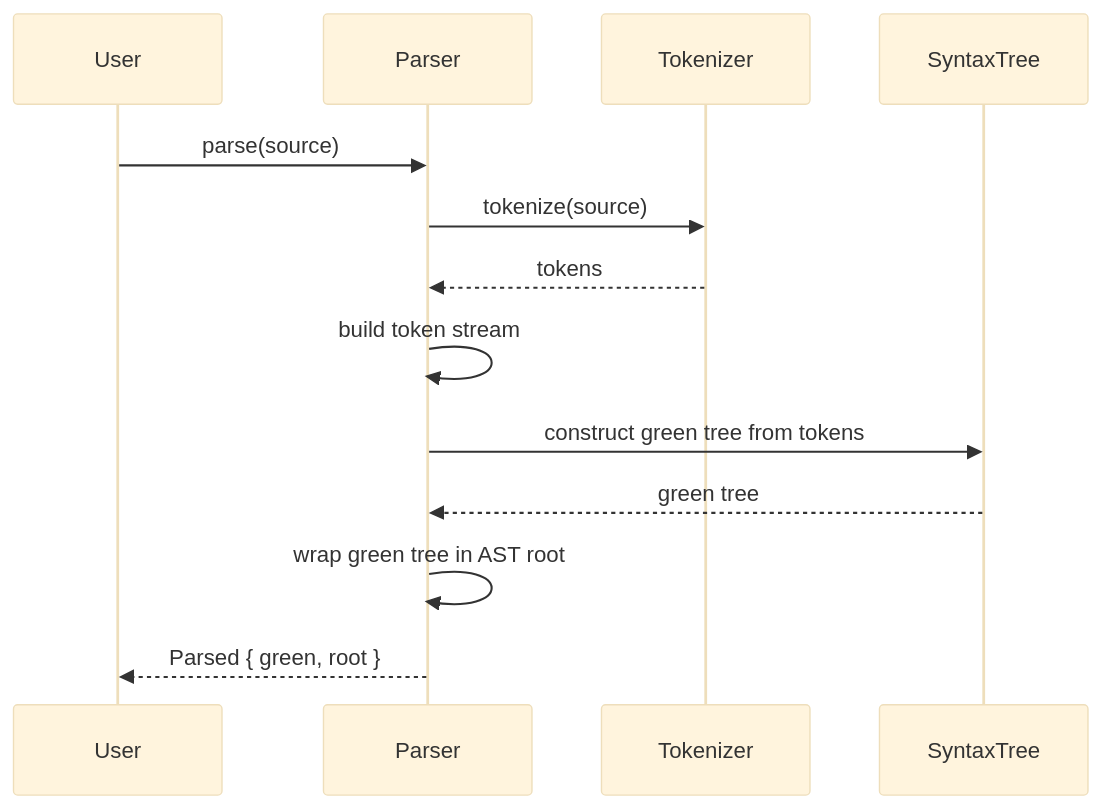
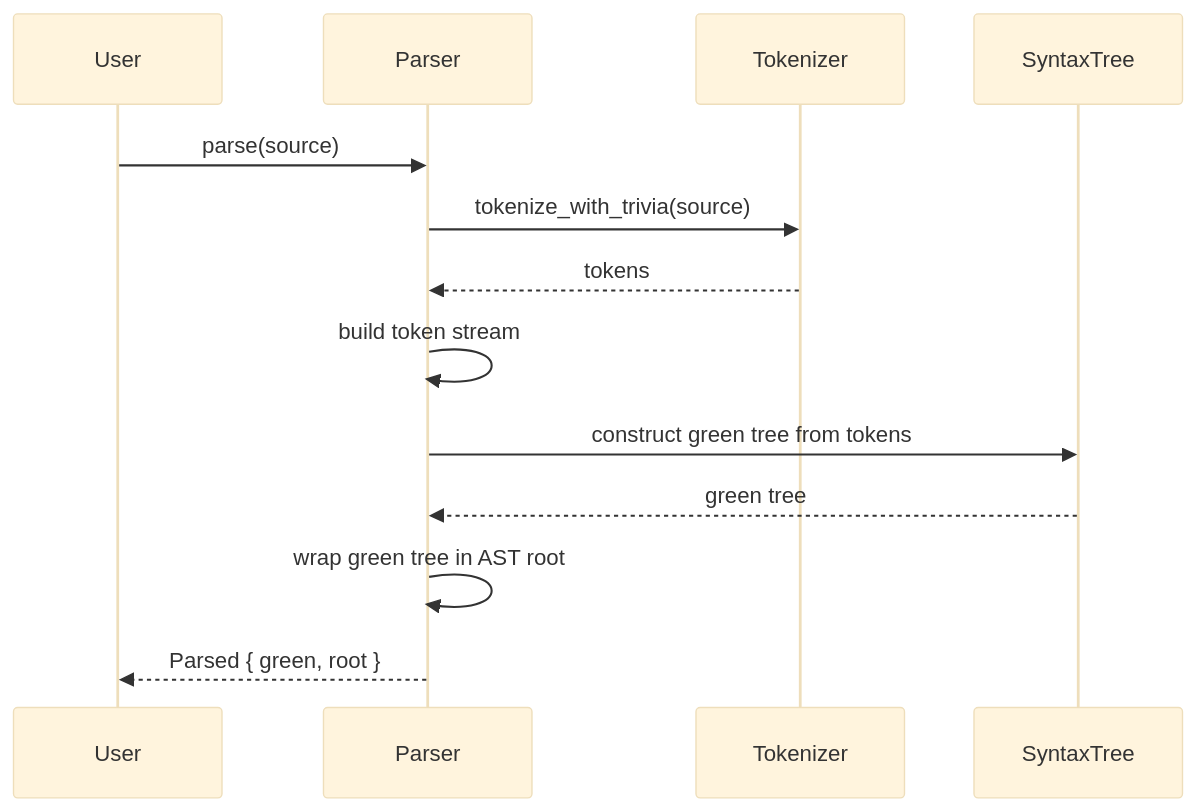
One commit to leynos/ddlint changed the diagram in docs/ddlint-design-and-road-map.md. Above: the diagram before and after it, drawn with Mermaid (base theme). The commit also changed other lines of this file and 14 other files, not shown here.

````diff
--- a/docs/ddlint-design-and-road-map.md
+++ b/docs/ddlint-design-and-road-map.md
@@ -187,16 +187,16 @@
 ```mermaid
 sequenceDiagram
     participant User
     participant Parser
     participant Tokenizer
     participant SyntaxTree
 
     User->>Parser: parse(source)
-    Parser->>Tokenizer: tokenize(source)
+    Parser->>Tokenizer: tokenize_with_trivia(source)
     Tokenizer-->>Parser: tokens
     Parser->>Parser: build token stream
     Parser->>SyntaxTree: construct green tree from tokens
     SyntaxTree-->>Parser: green tree
     Parser->>Parser: wrap green tree in AST root
     Parser-->>User: Parsed { green, root }
 ```
````
